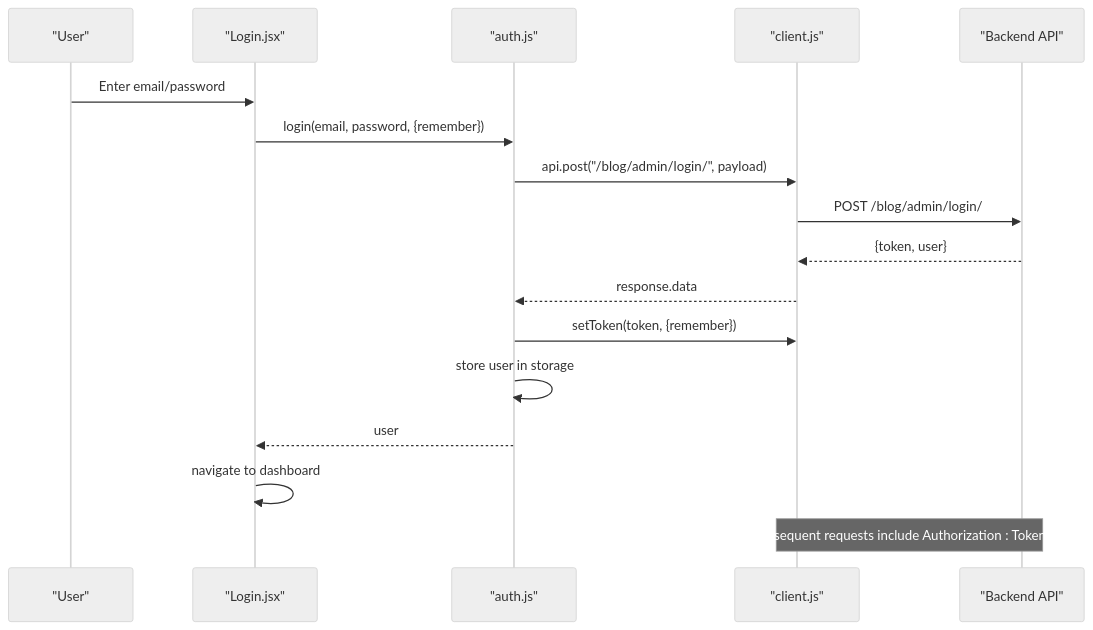
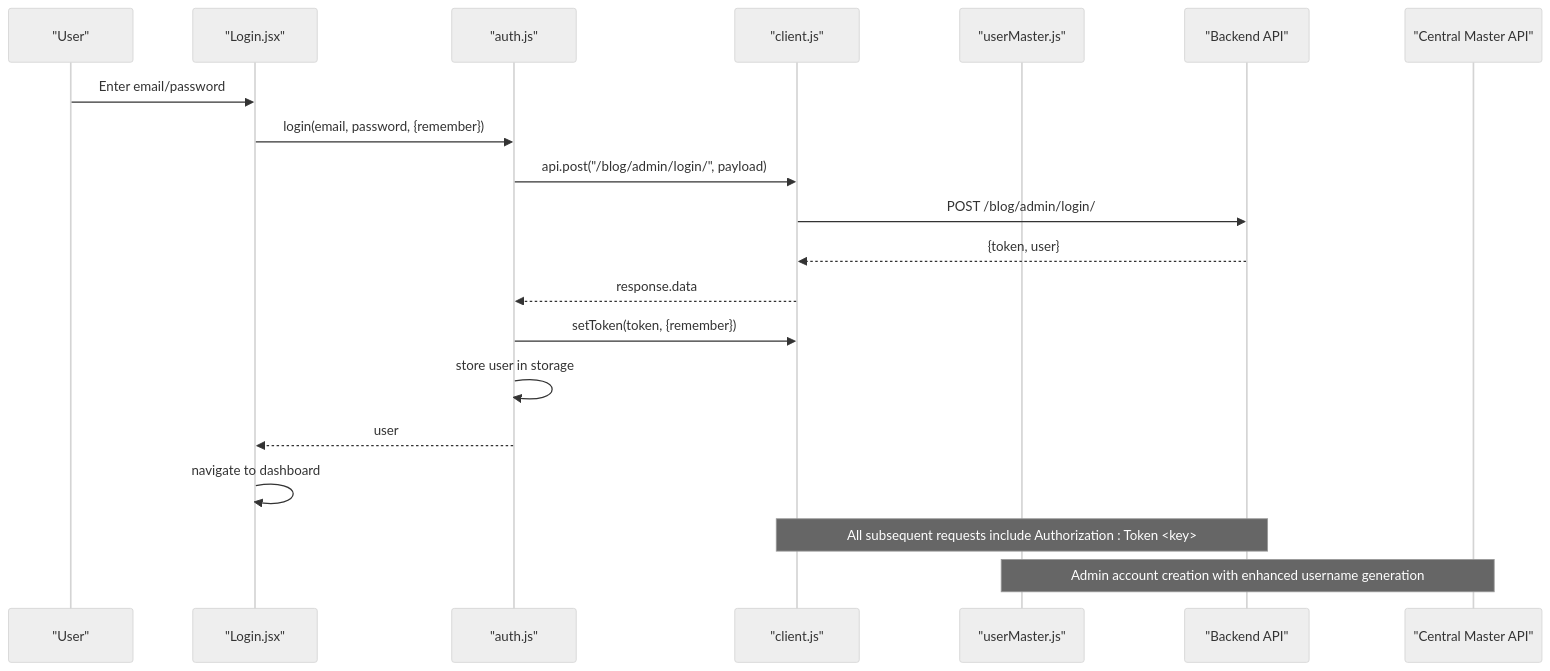
One commit to imcbsglobal/TRELLISCO_ERP_FRONTEND changed the second of 7 diagrams in .qoder/repowiki/en/content/API Integration Layer/Authentication API.md. Above: the diagram before and after it, drawn with Mermaid (neutral theme). The commit also changed other lines of this file and 29 other files, not shown here.

````diff
--- a/.qoder/repowiki/en/content/API Integration Layer/Authentication API.md
+++ b/.qoder/repowiki/en/content/API Integration Layer/Authentication API.md
@@ -91,19 +106,22 @@
 ```mermaid
 sequenceDiagram
 participant User as "User"
 participant UI as "Login.jsx"
 participant Auth as "auth.js"
 participant Client as "client.js"
+participant UserMaster as "userMaster.js"
 participant Backend as "Backend API"
+participant CentralMaster as "Central Master API"
 User->>UI : Enter email/password
 UI->>Auth : login(email, password, {remember})
 Auth->>Client : api.post("/blog/admin/login/", payload)
 Client->>Backend : POST /blog/admin/login/
 Backend-->>Client : {token, user}
 Client-->>Auth : response.data
 Auth->>Client : setToken(token, {remember})
 Auth->>Auth : store user in storage
 Auth-->>UI : user
 UI->>UI : navigate to dashboard
 Note over Client,Backend : All subsequent requests include Authorization : Token <key>
+Note over UserMaster,CentralMaster : Admin account creation with enhanced username generation
 ```
````
